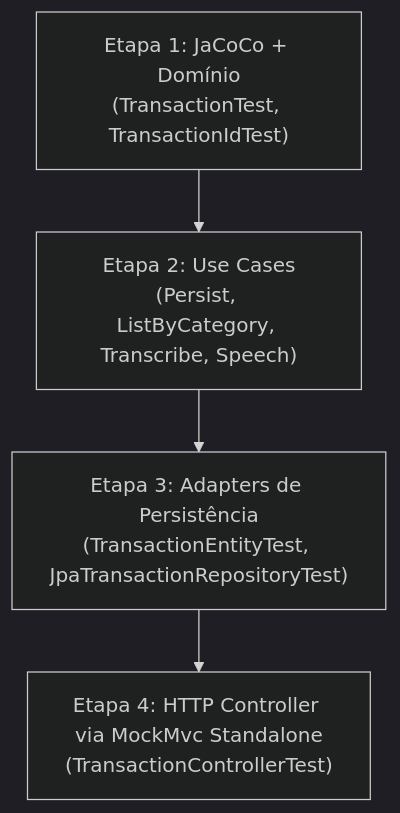
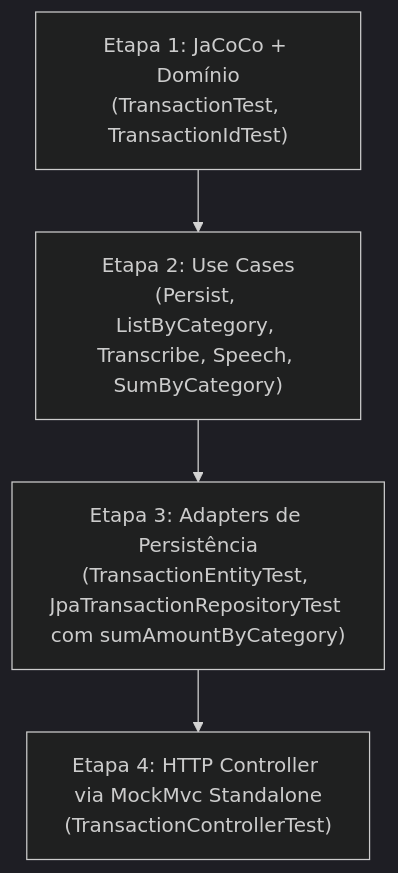
The diagram in docs/plano-01-testes-unitarios.md (GLzanetti/ProjetoBudgetingItauEDio), drawn with Mermaid (dark theme) before and after one commit. The commit also changed other lines of this file and 1 other file, not shown here.

````diff
--- a/docs/plano-01-testes-unitarios.md
+++ b/docs/plano-01-testes-unitarios.md
@@ -57,9 +57,9 @@
 ```mermaid
 flowchart TD
     E1["Etapa 1: JaCoCo + Domínio\n(TransactionTest, TransactionIdTest)"]
-    E2["Etapa 2: Use Cases\n(Persist, ListByCategory, Transcribe, Speech)"]
-    E3["Etapa 3: Adapters de Persistência\n(TransactionEntityTest, JpaTransactionRepositoryTest)"]
+    E2["Etapa 2: Use Cases\n(Persist, ListByCategory, Transcribe, Speech, SumByCategory)"]
+    E3["Etapa 3: Adapters de Persistência\n(TransactionEntityTest, JpaTransactionRepositoryTest com sumAmountByCategory)"]
     E4["Etapa 4: HTTP Controller via MockMvc Standalone\n(TransactionControllerTest)"]
 
     E1 --> E2 --> E3 --> E4
 ```
````
